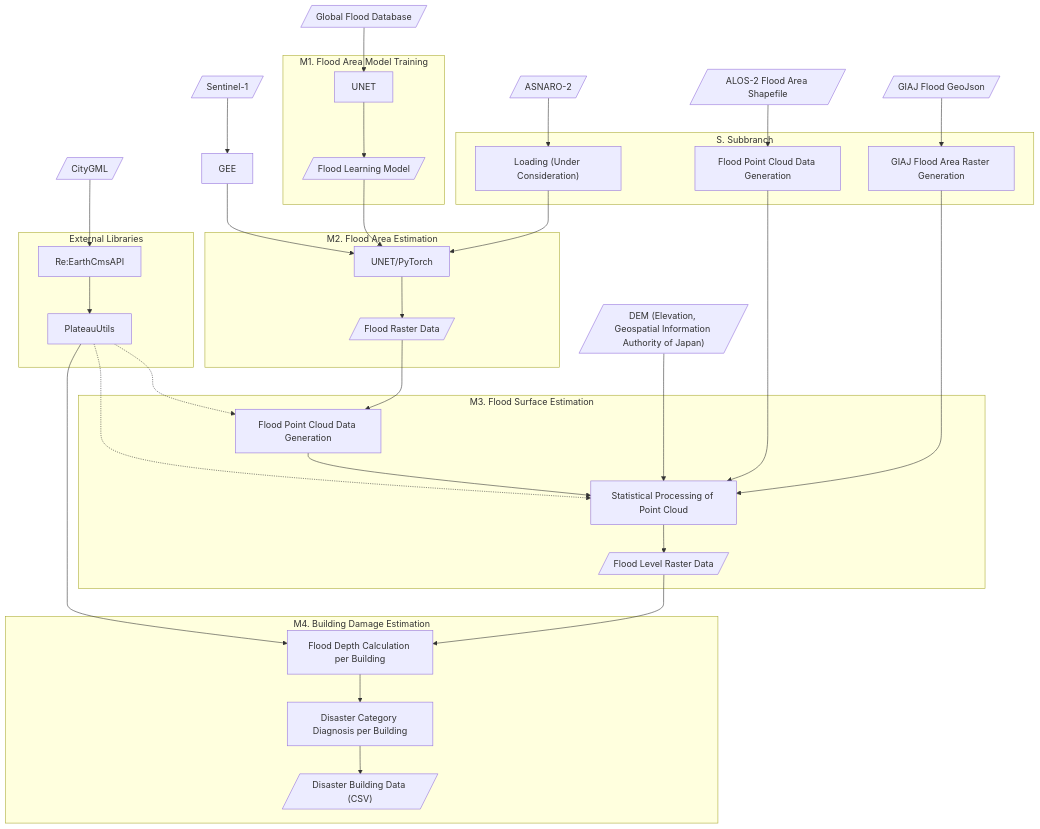
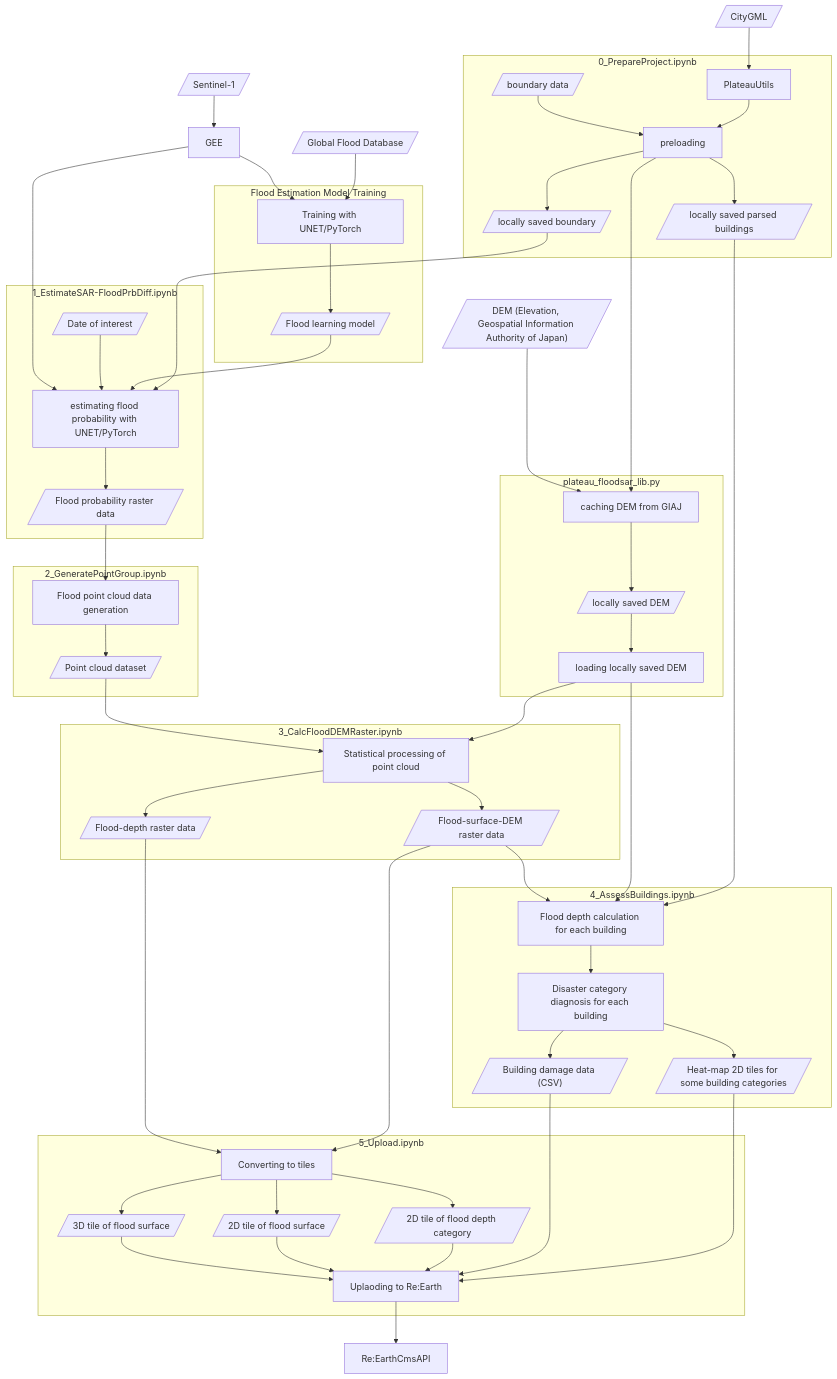
The diagram in README.md (eukarya-inc/plateau-2023-uc01-satellite-analytics), drawn with Mermaid before and after one commit. The commit also changed other lines of this file, not shown here.

````diff
--- a/README.md
+++ b/README.md
@@ -10,41 +20,75 @@
 ```mermaid
 graph TD
 	Sentinel-1[/Sentinel-1/] --> GEE
 	
-	GEE --> UNET2["UNET/PyTorch"]
-
+	GEE--> UNET
+	GEE --> UNET2
+	
 	GFD[/"Global Flood Database"/]--> UNET
-	subgraph M1. Flood Area Model Training
-	UNET-->LM[/"Flood Learning Model"/]
+	
+	subgraph Flood Estimation Model Training
+	UNET["Training with UNET/PyTorch"]-->LM[/"Flood learning model"/]
 	end
-	subgraph M2. Flood Area Estimation
+	
+	DEM[/"DEM (Elevation, Geospatial Information Authority of Japan)"/]--->loadingDEM
+	CGML[/"CityGML"/] --> PlateauUtils
+	
+	
+	subgraph plateau_floodsar_lib.py
+	loadingDEM["caching DEM from GIAJ"] --> localDEM[/locally saved DEM/]
+	localDEM --> loadinglocalDEM["loading locally saved DEM"]
+	end
+	
+	subgraph 0_PrepareProject.ipynb
+	boundary[/boundary data/]-->preloading
+	PlateauUtils --> preloading
+	preloading --> localBld[/locally saved parsed buildings/]
+	preloading -----> loadingDEM
+	preloading --> localBnd[/locally saved boundary/]
+	end
+	
+	
+	subgraph 1_EstimateSAR-FloodPrbDiff.ipynb
+	date[/"Date of interest"/] --> UNET2
 	LM --> UNET2
-	UNET2 --> FR[/"Flood Raster Data"/]
+	localBnd-->UNET2["estimating flood probability with UNET/PyTorch"]
+	UNET2 --> FR[/"Flood probability raster data"/]
 	end
-	subgraph External Libraries
-	RECA --> PlateauUtils
+	
+	subgraph 2_GeneratePointGroup.ipynb
+	FR --> PT["Flood point cloud data generation"]
+	PT --> PTD[/"Point cloud dataset"/]
 	end
-	subgraph M3. Flood Surface Estimation
-	PlateauUtils -.-> PT
-	FR --> PT["Flood Point Cloud Data Generation"]
-	PlateauUtils -.-> STAT
-	PT --> STAT["Statistical Processing of Point Cloud"]
-	STAT --> FLR[/"Flood Level Raster Data"/]
+	
+	subgraph 3_CalcFloodDEMRaster.ipynb
+	PTD --> STAT["Statistical processing of point cloud"]
+	STAT --> FLDepth[/"Flood-depth raster data"/]
+	STAT --> FLDEM[/"Flood-surface-DEM raster data"/]
 	end
-	DEM[/"DEM (Elevation, Geospatial Information Authority of Japan)"/] ---> STAT
-	CGML[/"CityGML"/] --> RECA["Re:EarthCmsAPI"]
-	subgraph M4. Building Damage Estimation
-	PlateauUtils --> FDEVAL["Flood Depth Calculation per Building"]
-	FLR --> FDEVAL
-	FDEVAL --> FCAT["Disaster Category Diagnosis per Building"]
-	FCAT --> FCArray[/"Disaster Building Data (CSV)"/]
+	
+	loadinglocalDEM --> STAT
+	
+	subgraph 4_AssessBuildings.ipynb
+	FLDEM --> FDEVAL["Flood depth calculation for each building"]
+	FDEVAL --> FCAT["Disaster category diagnosis for each building"]
+	FCAT --> FCArray[/"Building damage data (CSV)"/]
+	FCAT --> FCHEAT2Dtiles[/"Heat-map 2D tiles for some building categories"/]
 	end
-	ALOS-2[/"ALOS-2 Flood Area Shapefile"/] --> PT2["Flood Point Cloud Data Generation"]
-	ASNARO-2[/ASNARO-2/] --> loadASNR2["Loading (Under Consideration)"]
-	GIAJ[/"GIAJ Flood GeoJson"/] --> loadGeoJSON["GIAJ Flood Area Raster Generation"]
-	subgraph S. Subbranch
-		PT2 --> STAT
-		loadASNR2 --> UNET2
-		loadGeoJSON --> STAT
+	
+	loadinglocalDEM --> FDEVAL
+	localBld --> FDEVAL
+	
+	subgraph 5_Upload.ipynb
+	FLDepth ----->CnvTile
+	FLDEM -----> CnvTile["Converting to tiles"]
+	CnvTile --> FLDEM3Dtile[/"3D tile of flood surface"/]
+	CnvTile --> FLDEM2Dtile[/"2D tile of flood surface"/]
+	CnvTile --> FLDepth2Dtile[/"2D tile of flood depth category"/]
+	FLDEM3Dtile --> upload["Uplaoding to Re:Earth"]
+	FLDEM2Dtile --> upload
+	FLDepth2Dtile --> upload
+	FCArray --> upload
+	FCHEAT2Dtiles --> upload
 	end
+	upload --> RECA["Re:EarthCmsAPI"]
 ```
````
